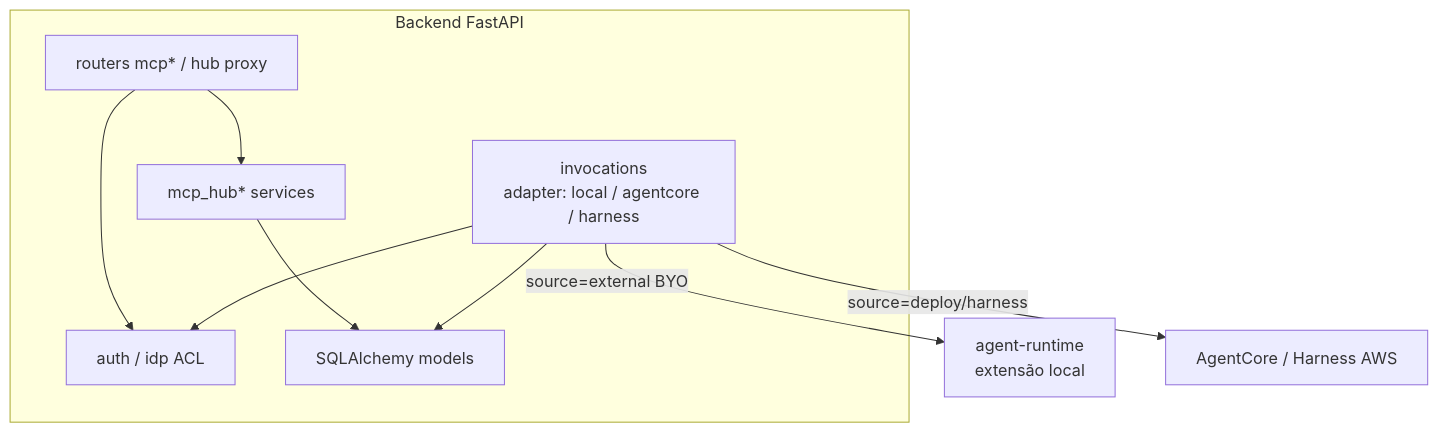
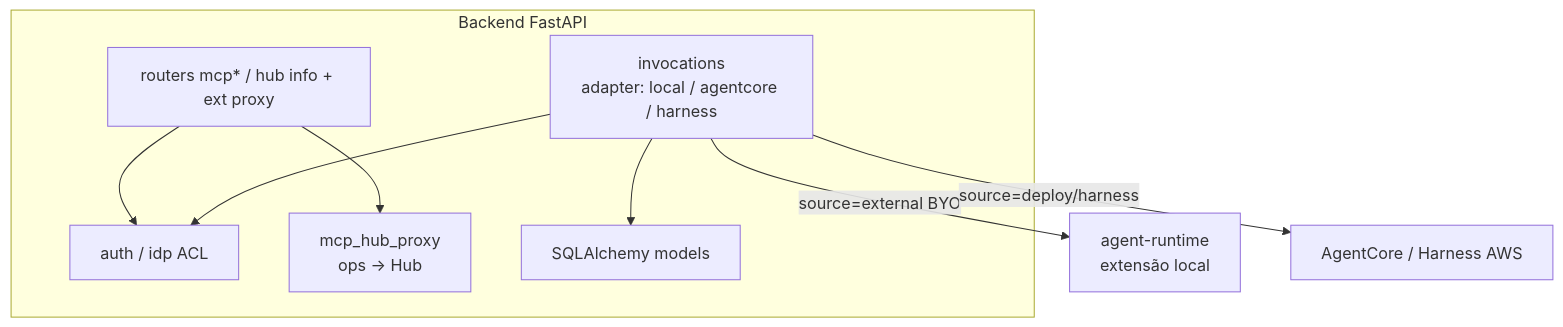
One commit to jsmesquita/loom-ext changed the fourth of 8 diagrams in local-runtime/docs/guide/architecture.md. Above: the diagram before and after it, drawn with Mermaid. The commit also changed other lines of this file and 25 other files, not shown here.

First line of the commit message:
Make MCP Hub a Loom API client and drop Core Hub data-plane.

````diff
--- a/local-runtime/docs/guide/architecture.md
+++ b/local-runtime/docs/guide/architecture.md
@@ -194,19 +197,18 @@
 ```mermaid
 flowchart TB
   subgraph be[Backend FastAPI]
     AUTH[auth / idp ACL]
-    MCPR[routers mcp* / hub proxy]
+    MCPR[routers mcp* / hub info + ext proxy]
     INV[invocations<br/>adapter: local / agentcore / harness]
-    HSVC[mcp_hub* services]
+    HPROXY[mcp_hub_proxy<br/>ops → Hub]
     ORM[SQLAlchemy models]
   end
   AR[agent-runtime<br/>extensão local]
   AC[AgentCore / Harness AWS]
   MCPR --> AUTH
-  MCPR --> HSVC
-  HSVC --> ORM
+  MCPR --> HPROXY
   INV --> ORM
   INV --> AUTH
   INV -->|source=external BYO| AR
   INV -->|source=deploy/harness| AC
 ```
````
